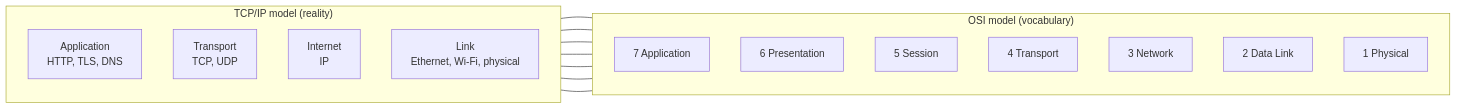
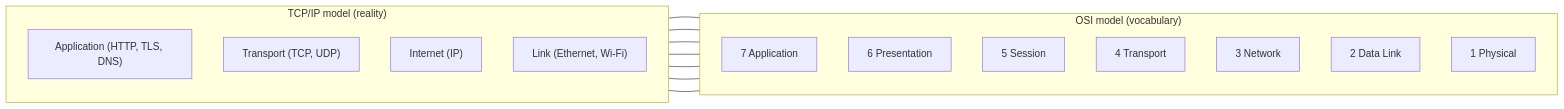
Before and after one commit to apolzek/apolzek.github.io: the first of 9 diagrams in _posts/2026-05-29-the-networking-refresher.md, drawn with Mermaid. The commit also changed other lines of this file, not shown here.

First line of the commit message:
fix: make Mermaid diagrams render on the theme

````diff
--- a/_posts/2026-05-29-the-networking-refresher.md
+++ b/_posts/2026-05-29-the-networking-refresher.md
@@ -179,24 +179,27 @@
 ```mermaid
 flowchart LR
   subgraph TCPIP["TCP/IP model (reality)"]
     direction TB
-    A["Application<br/>HTTP, TLS, DNS"]
-    T["Transport<br/>TCP, UDP"]
-    I["Internet<br/>IP"]
-    L["Link<br/>Ethernet, Wi-Fi, physical"]
+    A["Application (HTTP, TLS, DNS)"]
+    T["Transport (TCP, UDP)"]
+    I["Internet (IP)"]
+    L["Link (Ethernet, Wi-Fi)"]
   end
   subgraph OSI["OSI model (vocabulary)"]
     direction TB
     O7["7 Application"]
     O6["6 Presentation"]
     O5["5 Session"]
     O4["4 Transport"]
     O3["3 Network"]
     O2["2 Data Link"]
     O1["1 Physical"]
   end
-  A --- O7 & O6 & O5
+  A --- O7
+  A --- O6
+  A --- O5
   T --- O4
   I --- O3
-  L --- O2 & O1
+  L --- O2
+  L --- O1
 ```
````
